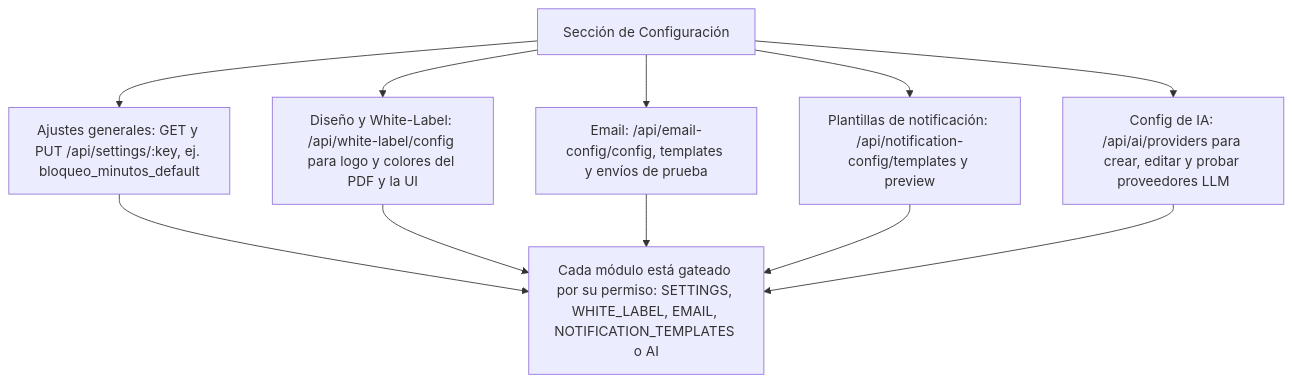
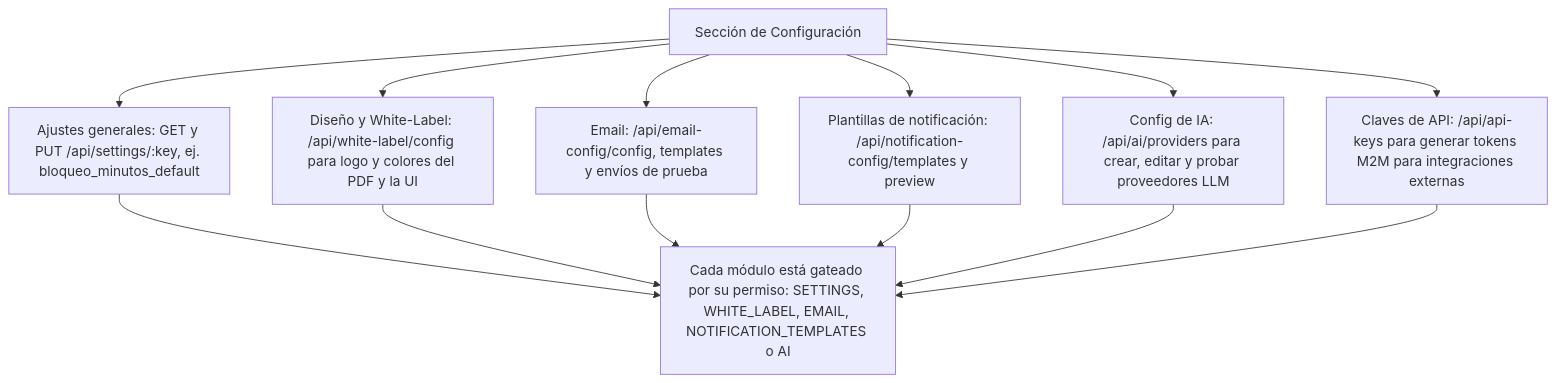
Before and after one commit to j-trz/app.cupos: diagram 14 of 16 in docs/FLUJOS_FUNCIONALIDADES.md, drawn with Mermaid. The commit also changed other lines of this file and 1 other file, not shown here.

Commit message:
docs: agregar secciones API Keys M2M (con scoping agency_admin) y Estado del Sistema + Backups en GitHub Pages

````diff
--- a/docs/FLUJOS_FUNCIONALIDADES.md
+++ b/docs/FLUJOS_FUNCIONALIDADES.md
@@ -389,13 +391,15 @@
 ```mermaid
 flowchart TD
     A["Sección de Configuración"] --> B["Ajustes generales: GET y PUT /api/settings/:key, ej. bloqueo_minutos_default"]
     A --> C["Diseño y White-Label: /api/white-label/config para logo y colores del PDF y la UI"]
     A --> D["Email: /api/email-config/config, templates y envíos de prueba"]
     A --> E["Plantillas de notificación: /api/notification-config/templates y preview"]
     A --> F["Config de IA: /api/ai/providers para crear, editar y probar proveedores LLM"]
-    B --> G["Cada módulo está gateado por su permiso: SETTINGS, WHITE_LABEL, EMAIL, NOTIFICATION_TEMPLATES o AI"]
-    C --> G
-    D --> G
-    E --> G
-    F --> G
+    A --> G["Claves de API: /api/api-keys para generar tokens M2M para integraciones externas"]
+    B --> H["Cada módulo está gateado por su permiso: SETTINGS, WHITE_LABEL, EMAIL, NOTIFICATION_TEMPLATES o AI"]
+    C --> H
+    D --> H
+    E --> H
+    F --> H
+    G --> H
 ```
````
